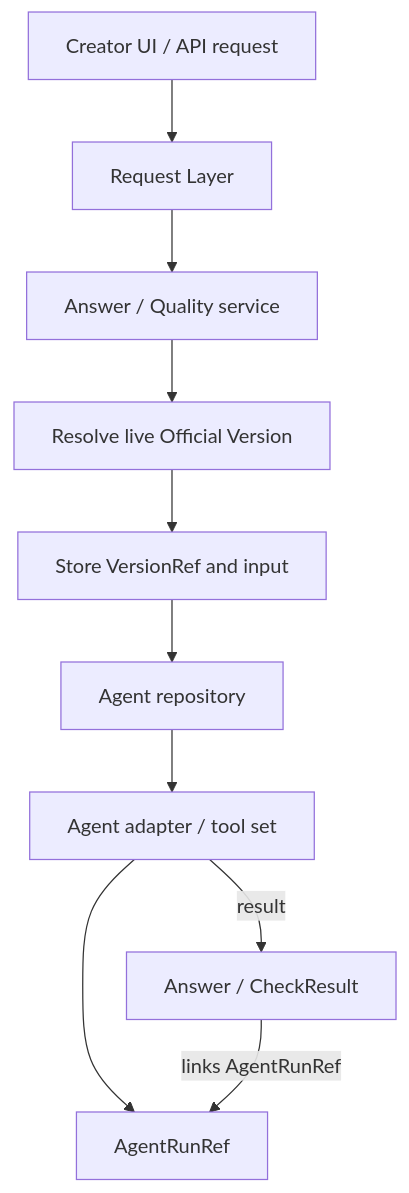
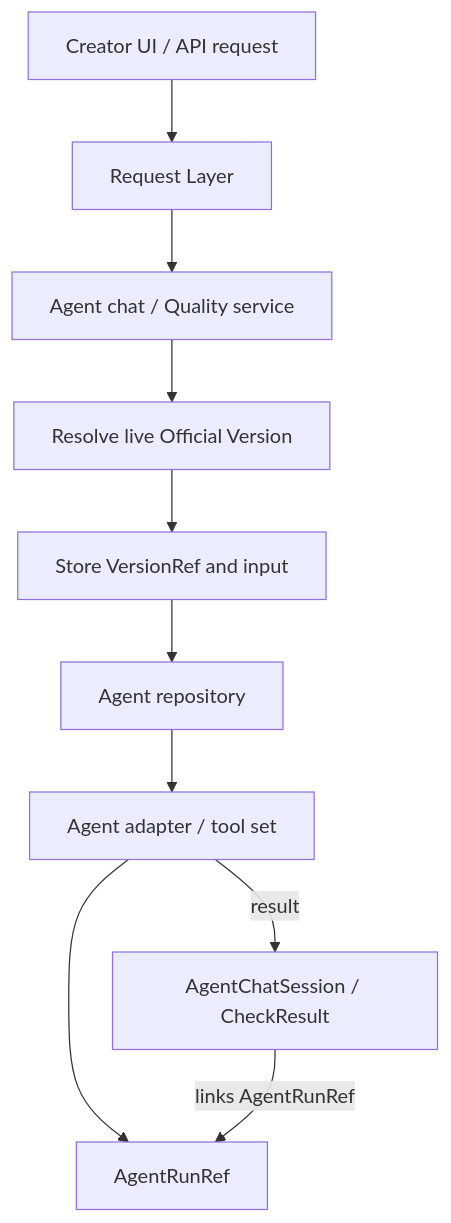
Before and after one commit to ewoooo/living-brand-system: the eighth of 8 diagrams in docs/05-system-architecture.md, drawn with Mermaid. The commit also changed other lines of this file and 6 other files, not shown here.

````diff
--- a/docs/05-system-architecture.md
+++ b/docs/05-system-architecture.md
@@ -606,22 +611,22 @@
 ```mermaid
 flowchart TD
   A["Creator UI / API request"]
   B["Request Layer"]
-  C["Answer / Quality service"]
+  C["Agent chat / Quality service"]
   D["Resolve live Official Version"]
   E["Store VersionRef and input"]
   F["Agent repository"]
   G["Agent adapter / tool set"]
   H["AgentRunRef"]
-  I["Answer / CheckResult"]
+  I["AgentChatSession / CheckResult"]
 
   A --> B
   B --> C
   C --> D
   D --> E
   E --> F
   F --> G
   G --> H
   G -->|"result"| I
   I -->|"links AgentRunRef"| H
 ```
````
